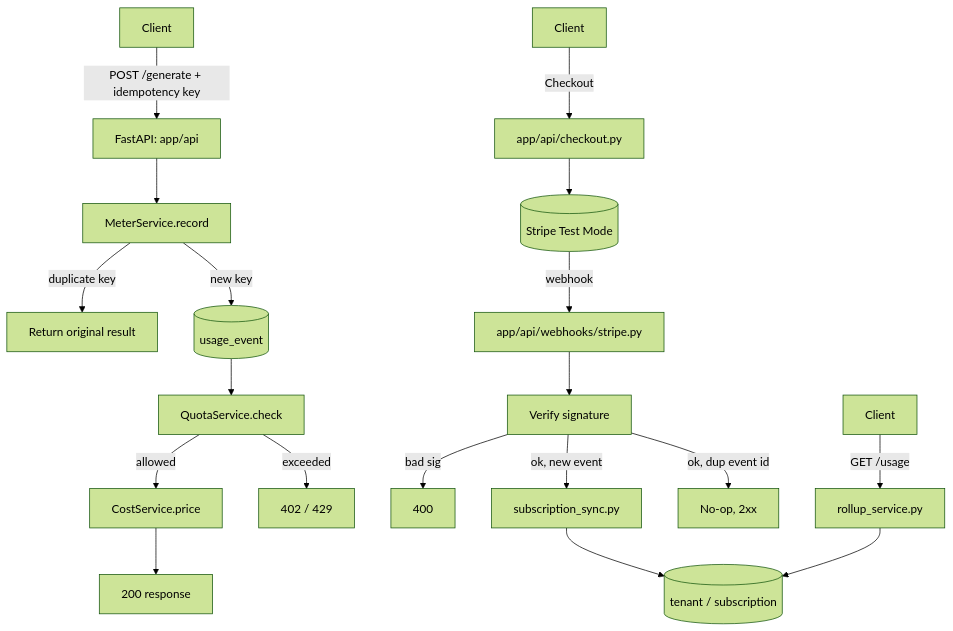
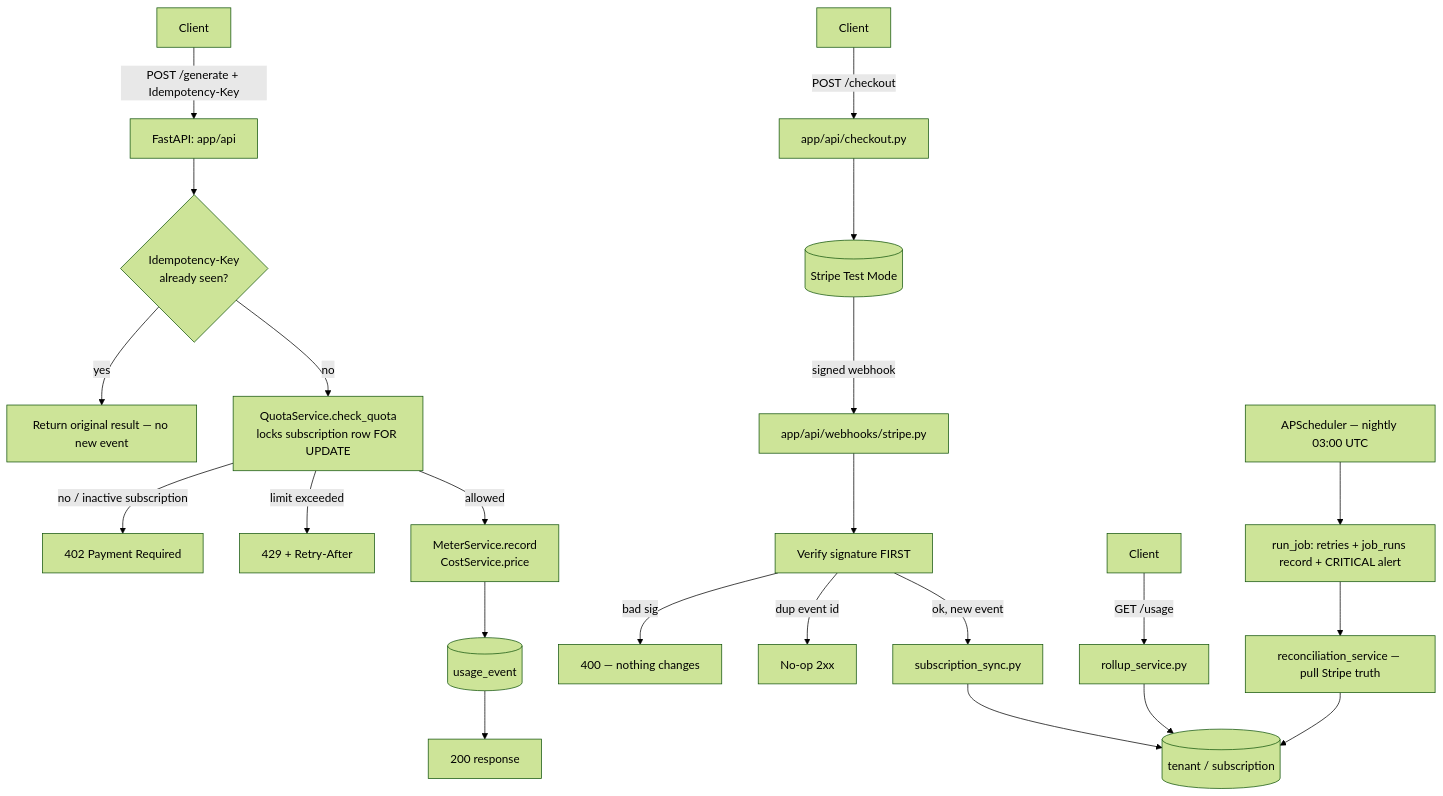
One commit to Nikhil-264/flyrank-capstone-metering-billing changed the diagram in README.md. Above: the diagram before and after it, drawn with Mermaid (forest theme). The commit also changed other lines of this file and 43 other files, not shown here.

````diff
--- a/README.md
+++ b/README.md
@@ -16,23 +16,28 @@
 ```mermaid
 flowchart TD
-    Client -->|POST /generate + idempotency key| API[FastAPI: app/api]
-    API --> Meter[MeterService.record]
-    Meter -->|duplicate key| Return[Return original result]
-    Meter -->|new key| Store[(usage_event)]
-    Store --> Quota[QuotaService.check]
-    Quota -->|allowed| Cost[CostService.price]
-    Quota -->|exceeded| Err[402 / 429]
-    Cost --> Resp[200 response]
+    Client -->|POST /generate + Idempotency-Key| API[FastAPI: app/api]
+    API --> Dedup{Idempotency-Key<br/>already seen?}
+    Dedup -->|yes| Return[Return original result — no new event]
+    Dedup -->|no| Quota[QuotaService.check_quota<br/>locks subscription row FOR UPDATE]
+    Quota -->|no / inactive subscription| Err402[402 Payment Required]
+    Quota -->|limit exceeded| Err429[429 + Retry-After]
+    Quota -->|allowed| Meter[MeterService.record<br/>CostService.price]
+    Meter --> Store[(usage_event)]
+    Store --> Resp[200 response]
 
-    ClientC[Client] -->|Checkout| Checkout[app/api/checkout.py]
+    ClientC[Client] -->|POST /checkout| Checkout[app/api/checkout.py]
     Checkout --> Stripe[(Stripe Test Mode)]
-    Stripe -->|webhook| WH[app/api/webhooks/stripe.py]
-    WH --> Verify[Verify signature]
-    Verify -->|bad sig| Err400[400]
+    Stripe -->|signed webhook| WH[app/api/webhooks/stripe.py]
+    WH --> Verify[Verify signature FIRST]
+    Verify -->|bad sig| WErr[400 — nothing changes]
+    Verify -->|dup event id| NoOp[No-op 2xx]
     Verify -->|ok, new event| Sync[subscription_sync.py]
-    Verify -->|ok, dup event id| NoOp[No-op, 2xx]
     Sync --> DB[(tenant / subscription)]
 
     ClientR[Client] -->|GET /usage| Rollup[rollup_service.py]
     Rollup --> DB
+
+    Cron[APScheduler — nightly 03:00 UTC] --> Job[run_job: retries + job_runs record + CRITICAL alert]
+    Job --> Recon[reconciliation_service — pull Stripe truth]
+    Recon --> DB
 ```
````
